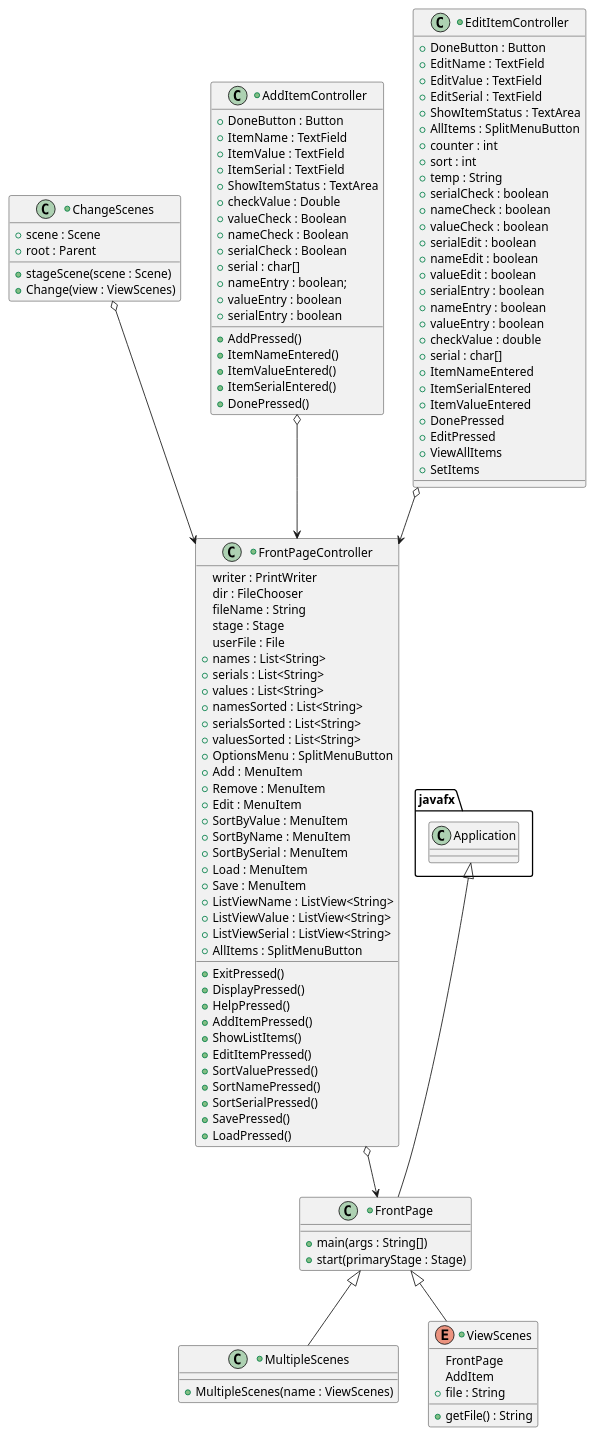
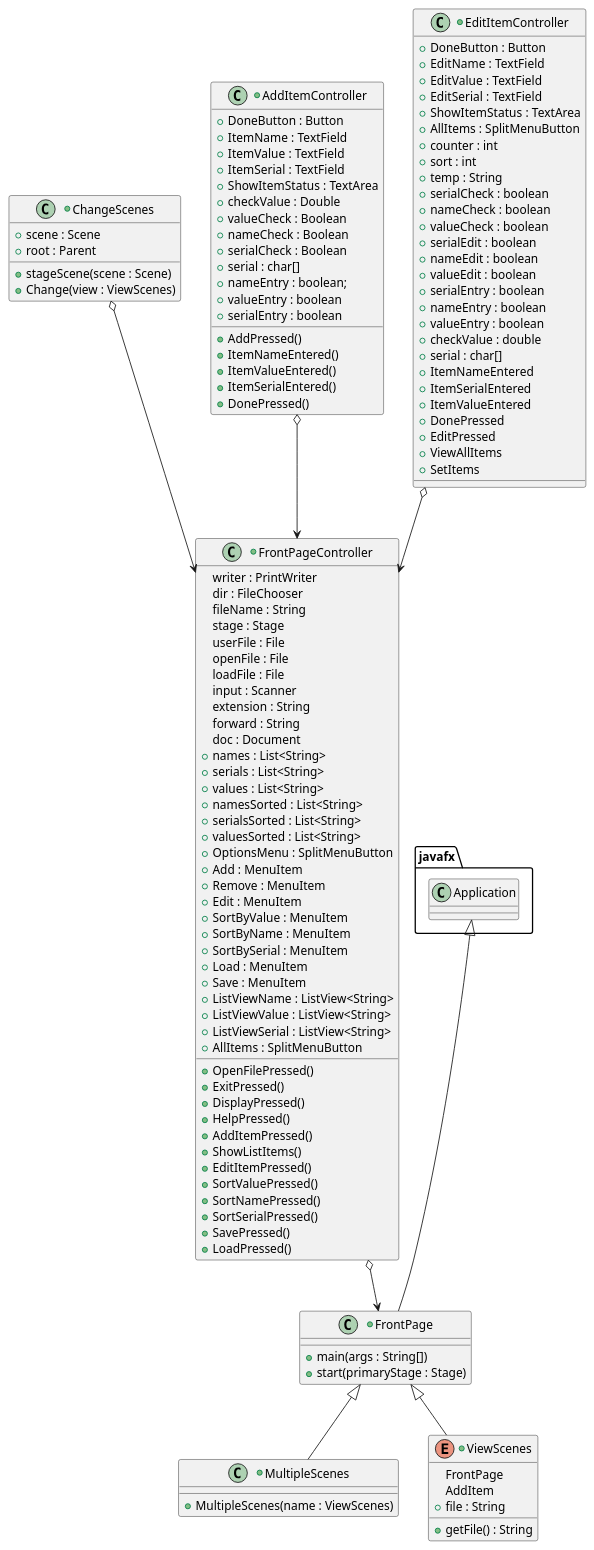
One commit to Elizene9/Database-Application changed the diagram in UMLFiles/ProjectUML.puml. Above: the diagram before and after it, drawn with PlantUML. The commit also changed 4 other files, not shown here.

```diff
--- a/UMLFiles/ProjectUML.puml
+++ b/UMLFiles/ProjectUML.puml
@@ -1,129 +1,136 @@
 @startuml
 'https://plantuml.com/class-diagram
 
 +class FrontPage {
     +main(args : String[])
     +start(primaryStage : Stage)
 
 }
 
 +class FrontPageController {
 
     writer : PrintWriter
     dir : FileChooser
     fileName : String
     stage : Stage
     userFile : File
+    openFile : File
+    loadFile : File
+    input : Scanner
+    extension : String
+    forward : String
+    doc : Document
     +names : List<String>
     +serials : List<String>
     +values : List<String>
     +namesSorted : List<String>
     +serialsSorted : List<String>
     +valuesSorted : List<String>
     +OptionsMenu : SplitMenuButton
+    +OpenFilePressed()
     +Add : MenuItem
     +Remove : MenuItem
     +Edit : MenuItem
     +SortByValue : MenuItem
     +SortByName : MenuItem
     +SortBySerial : MenuItem
     +Load : MenuItem
     +Save : MenuItem
     +ListViewName : ListView<String>
     +ListViewValue : ListView<String>
     +ListViewSerial : ListView<String>
     +AllItems : SplitMenuButton
     +ExitPressed()
     +DisplayPressed()
     +HelpPressed()
     +AddItemPressed()
     +ShowListItems()
     +EditItemPressed()
     +SortValuePressed()
     +SortNamePressed()
     +SortSerialPressed()
     +SavePressed()
     +LoadPressed()
 }
 
 +class MultipleScenes {
      +MultipleScenes(name : ViewScenes)
 }
 
 +enum ViewScenes{
     FrontPage
     AddItem
     +file : String
     +getFile() : String
 }
 
 +class ChangeScenes {
     +scene : Scene
     +root : Parent
     +stageScene(scene : Scene)
     +Change(view : ViewScenes)
 }
 
 +class AddItemController {
 
     +DoneButton : Button
     +ItemName : TextField
     +ItemValue : TextField
     +ItemSerial : TextField
     +ShowItemStatus : TextArea
     +checkValue : Double
     +valueCheck : Boolean
     +nameCheck : Boolean
     +serialCheck : Boolean
     +serial : char[]
     +AddPressed()
     +ItemNameEntered()
     +ItemValueEntered()
     +ItemSerialEntered()
     +DonePressed()
     +nameEntry : boolean;
     +valueEntry : boolean
     +serialEntry : boolean
 }
 
 +class EditItemController {
 
     +DoneButton : Button
     +EditName : TextField
     +EditValue : TextField
     +EditSerial : TextField
     +ShowItemStatus : TextArea
     +AllItems : SplitMenuButton
     +counter : int
     +sort : int
     +temp : String
     +serialCheck : boolean
     +nameCheck : boolean
     +valueCheck : boolean
     +serialEdit : boolean
     +nameEdit : boolean
     +valueEdit : boolean
     +serialEntry : boolean
     +nameEntry : boolean
     +valueEntry : boolean
     +checkValue : double
     +serial : char[]
     +ItemNameEntered
     +ItemSerialEntered
     +ItemValueEntered
     +DonePressed
     +EditPressed
     +ViewAllItems
     +SetItems
 }
 javafx.Application <|-- FrontPage
 FrontPageController o--> FrontPage
 EditItemController o--> FrontPageController
 AddItemController o--> FrontPageController
 FrontPage <|-- MultipleScenes
 ChangeScenes o--> FrontPageController
 FrontPage <|-- ViewScenes
 
 
 
 @enduml
```
